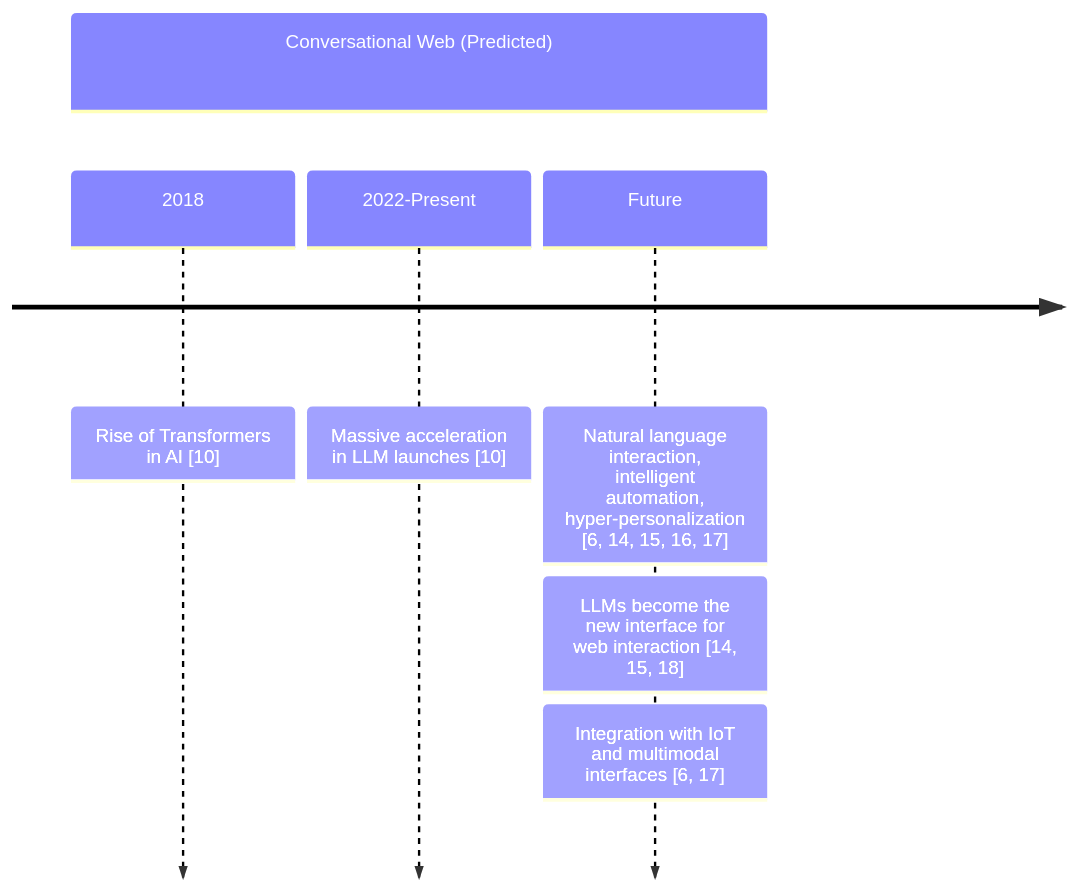
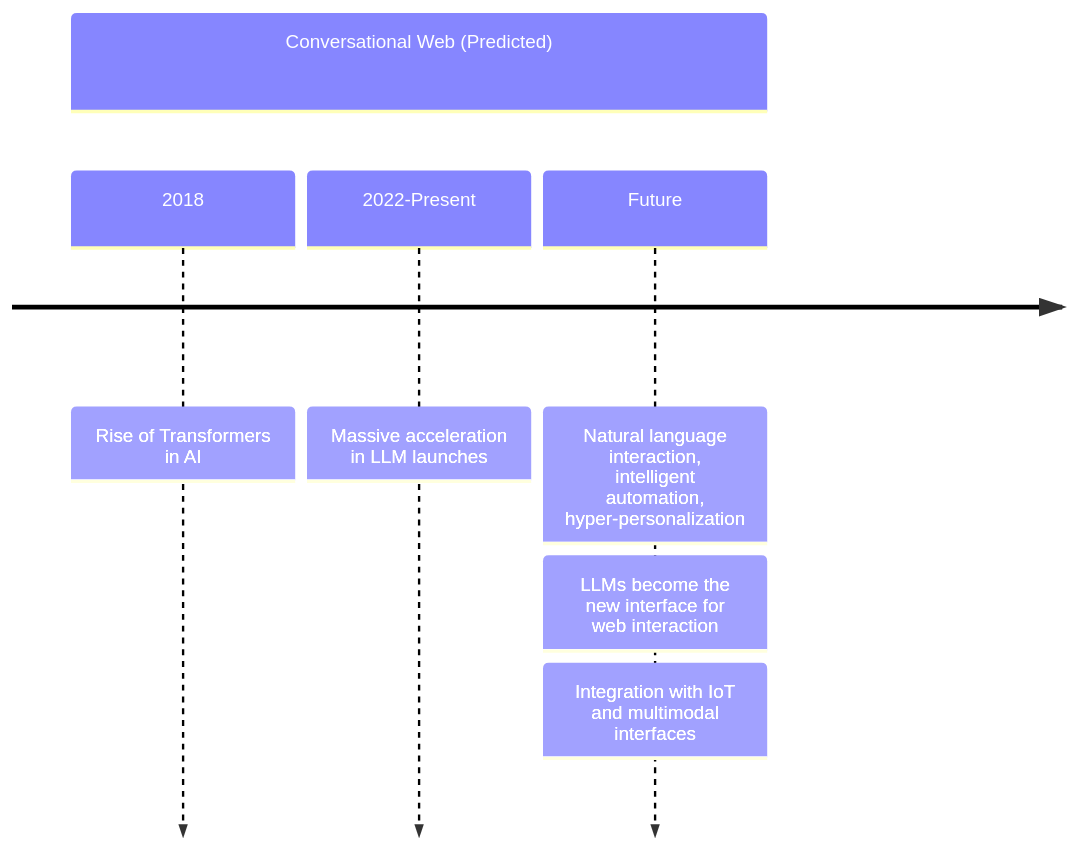
Before and after one commit to AshKash/Ashwin-portfolio: the fourth of 7 diagrams in content/posts/conversational-commerce-revolution.md, drawn with Mermaid. The commit also changed other lines of this file, not shown here.

Commit message:
Clean up mermaid timeline diagrams by removing reference numbers

```diff
--- a/content/posts/conversational-commerce-revolution.md
+++ b/content/posts/conversational-commerce-revolution.md
@@ -48,10 +48,10 @@
 {{< mermaid >}}
 timeline 
         section Conversational Web (Predicted)
-          2018 : Rise of Transformers in AI [10]
-          2022-Present : Massive acceleration in LLM launches [10]
-          Future : Natural language interaction, intelligent automation, hyper-personalization [6, 14, 15, 16, 17]
-                  : LLMs become the new interface for web interaction [14, 15, 18]
-                  : Integration with IoT and multimodal interfaces [6, 17]
+          2018 : Rise of Transformers in AI
+          2022-Present : Massive acceleration in LLM launches
+          Future : Natural language interaction, intelligent automation, hyper-personalization
+                  : LLMs become the new interface for web interaction
+                  : Integration with IoT and multimodal interfaces
 
 {{< /mermaid >}}
```
